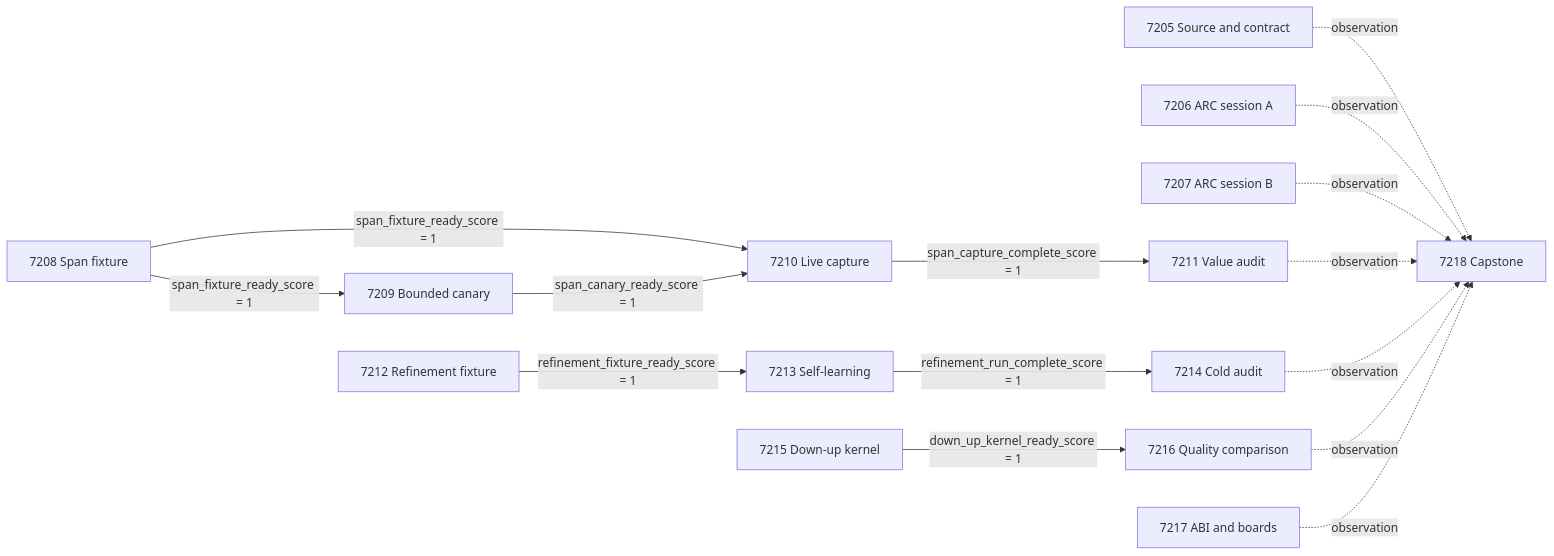
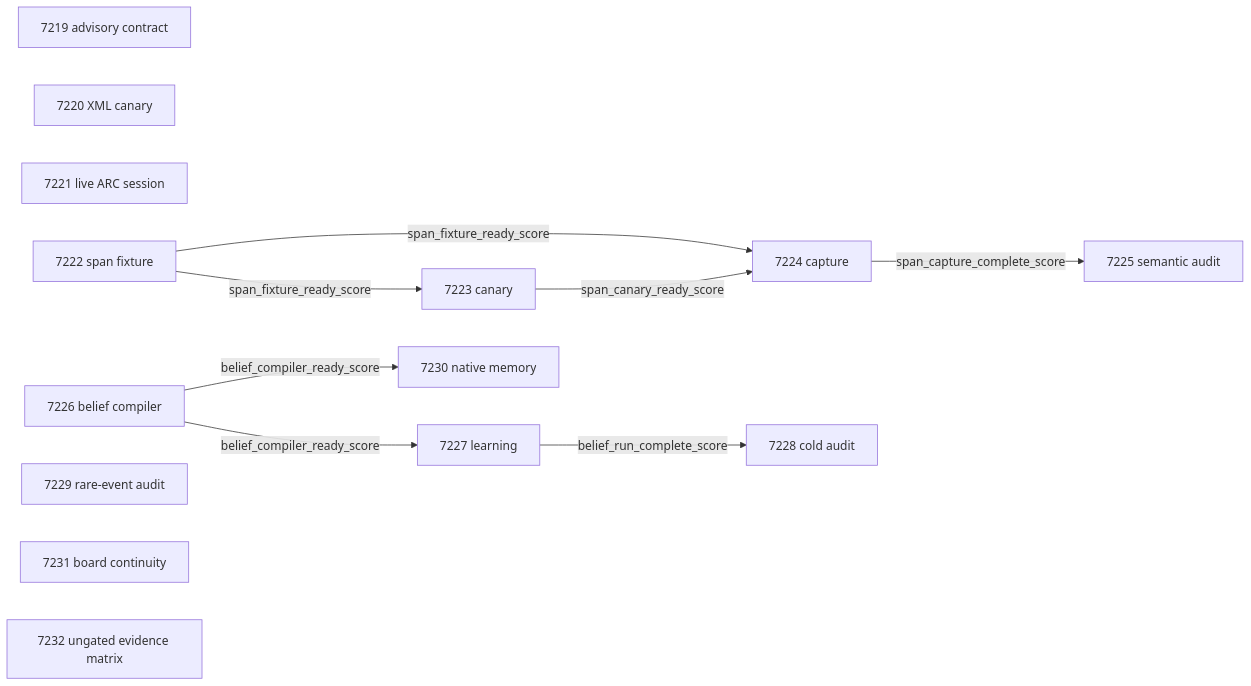
Before and after one commit to Carnot-EBM/carnot-ebm: the diagram in openspec/change-proposals/research-roadmap-vNEXT.md, drawn with Mermaid. The commit also changed other lines of this file and 14 other files, not shown here.

````diff
--- a/openspec/change-proposals/research-roadmap-vNEXT.md
+++ b/openspec/change-proposals/research-roadmap-vNEXT.md
@@ -484,21 +191,16 @@
 ```mermaid
 flowchart LR
-    E7205[7205 Source and contract]
-    E7206[7206 ARC session A]
-    E7207[7207 ARC session B]
-    E7208[7208 Span fixture] -->|span_fixture_ready_score = 1| E7209[7209 Bounded canary]
-    E7208 -->|span_fixture_ready_score = 1| E7210[7210 Live capture]
-    E7209 -->|span_canary_ready_score = 1| E7210
-    E7210 -->|span_capture_complete_score = 1| E7211[7211 Value audit]
-    E7212[7212 Refinement fixture] -->|refinement_fixture_ready_score = 1| E7213[7213 Self-learning]
-    E7213 -->|refinement_run_complete_score = 1| E7214[7214 Cold audit]
-    E7215[7215 Down-up kernel] -->|down_up_kernel_ready_score = 1| E7216[7216 Quality comparison]
-    E7217[7217 ABI and boards]
-    E7205 -. observation .-> E7218[7218 Capstone]
-    E7206 -. observation .-> E7218
-    E7207 -. observation .-> E7218
-    E7211 -. observation .-> E7218
-    E7214 -. observation .-> E7218
-    E7216 -. observation .-> E7218
-    E7217 -. observation .-> E7218
+  A[7219 advisory contract]
+  B[7220 XML canary]
+  C[7221 live ARC session]
+  D[7222 span fixture] -->|span_fixture_ready_score| E[7223 canary]
+  D -->|span_fixture_ready_score| F[7224 capture]
+  E -->|span_canary_ready_score| F
+  F -->|span_capture_complete_score| G[7225 semantic audit]
+  H[7226 belief compiler] -->|belief_compiler_ready_score| I[7227 learning]
+  I -->|belief_run_complete_score| J[7228 cold audit]
+  H -->|belief_compiler_ready_score| L[7230 native memory]
+  K[7229 rare-event audit]
+  M[7231 board continuity]
+  N[7232 ungated evidence matrix]
 ```
````
